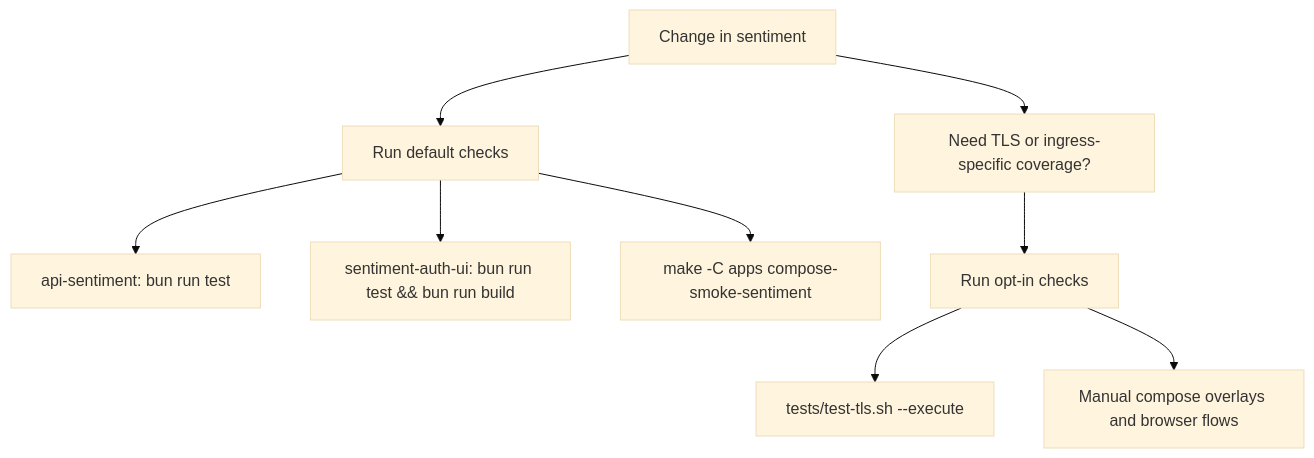
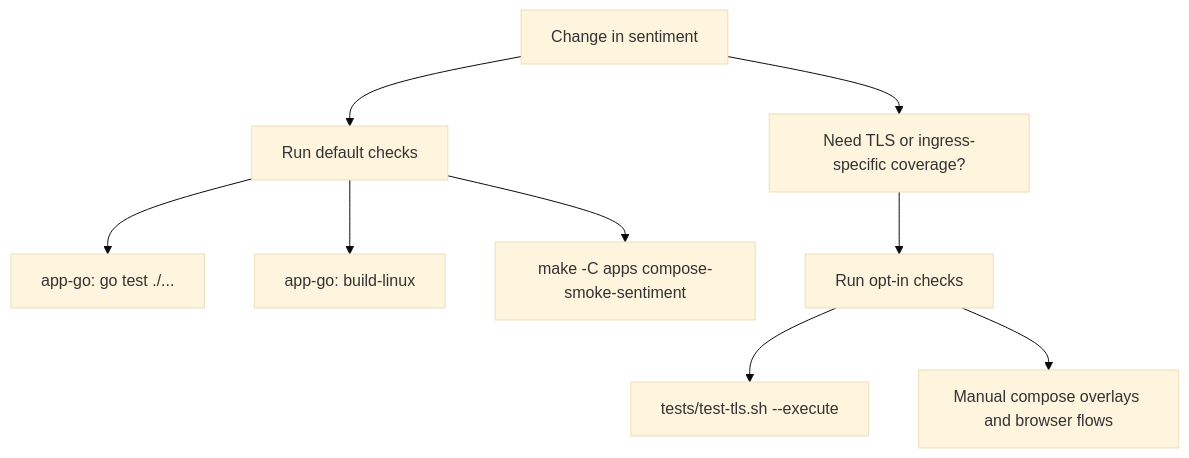
Before and after one commit to nickromney/platform: the diagram in apps/sentiment/docs/TEST-RUNBOOK.md, drawn with Mermaid (base theme). The commit also changed 437 other files, not shown here.

````diff
--- a/apps/sentiment/docs/TEST-RUNBOOK.md
+++ b/apps/sentiment/docs/TEST-RUNBOOK.md
@@ -5,11 +5,11 @@
 ```mermaid
 flowchart TD
   A["Change in sentiment"] --> B["Run default checks"]
-  B --> C["api-sentiment: bun run test"]
-  B --> D["sentiment-auth-ui: bun run test && bun run build"]
+  B --> C["app-go: go test ./..."]
+  B --> D["app-go: build-linux"]
   B --> E["make -C apps compose-smoke-sentiment"]
   A --> F["Need TLS or ingress-specific coverage?"]
   F --> G["Run opt-in checks"]
   G --> H["tests/test-tls.sh --execute"]
   G --> I["Manual compose overlays and browser flows"]
 ```
````
